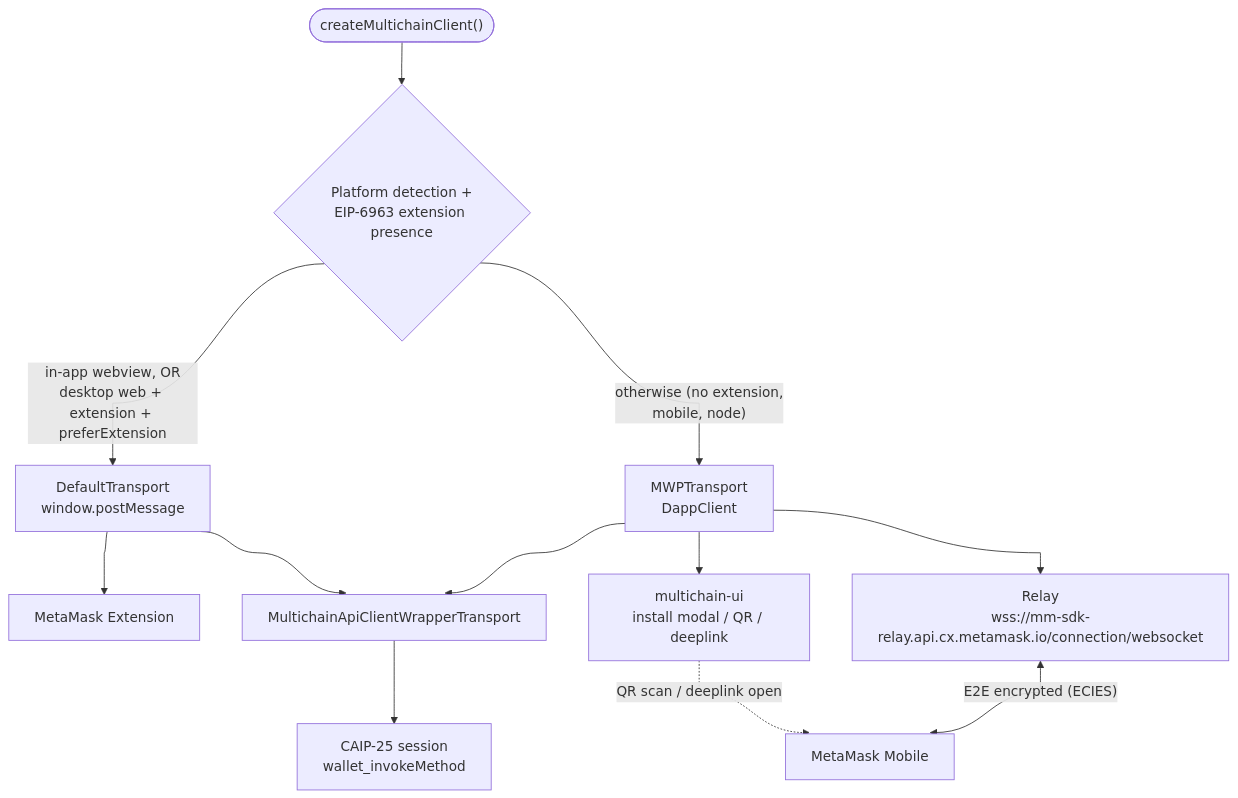
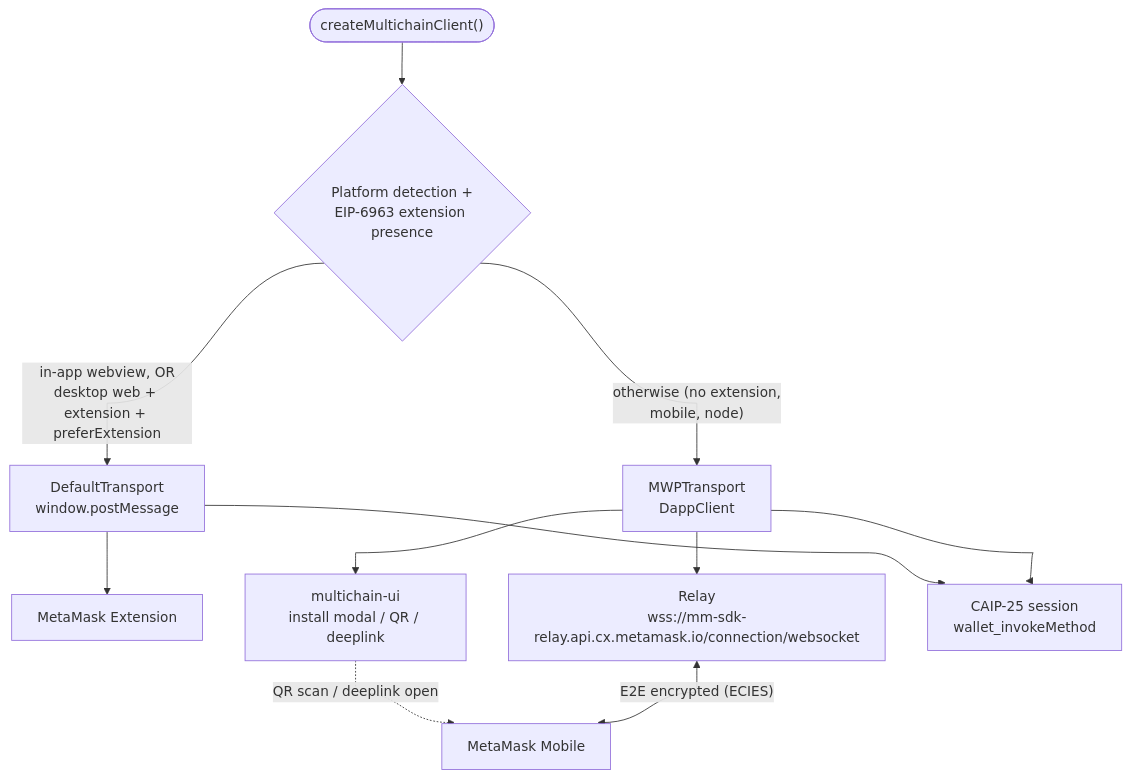
Before and after one commit to MetaMask/connect-monorepo: the first of 2 diagrams in README.md, drawn with Mermaid. The commit also changed 1 other file, not shown here.

Commit message:
chore: stop depicting MultichainApiClientWrapperTransport as a transport
It's an adapter that exposes the client as a @metamask/multichain-api-client
provider (client.provider) — the real transports (Default/MWP) don't flow
through it. Remove it from both transport diagrams (route Default/MWP
straight to the CAIP-25 session) and replace the prose with a note about the
two equivalent ways the Multichain API is exposed.

````diff
--- a/README.md
+++ b/README.md
@@ -160,15 +160,14 @@
 ```mermaid
 %%{ init: { 'flowchart': { 'curve': 'bumpX' } } }%%
 graph TD;
   start(["createMultichainClient()"]) --> detect{"Platform detection +<br/>EIP-6963 extension presence"};
   detect -->|"in-app webview, OR<br/>desktop web + extension + preferExtension"| direct["DefaultTransport<br/>window.postMessage"];
   detect -->|"otherwise (no extension,<br/>mobile, node)"| mwp["MWPTransport<br/>DappClient"];
   direct --> ext["MetaMask Extension"];
   mwp --> ui["multichain-ui<br/>install modal / QR / deeplink"];
   mwp --> relay["Relay<br/>wss://mm-sdk-relay.api.cx.metamask.io/connection/websocket"];
   ui -.->|"QR scan / deeplink open"| mobile["MetaMask Mobile"];
   relay <-->|"E2E encrypted (ECIES)"| mobile;
-  direct --> wrapper["MultichainApiClientWrapperTransport"];
-  mwp --> wrapper;
-  wrapper --> session["CAIP-25 session<br/>wallet_invokeMethod"];
+  direct --> session["CAIP-25 session<br/>wallet_invokeMethod"];
+  mwp --> session;
 ```
````
